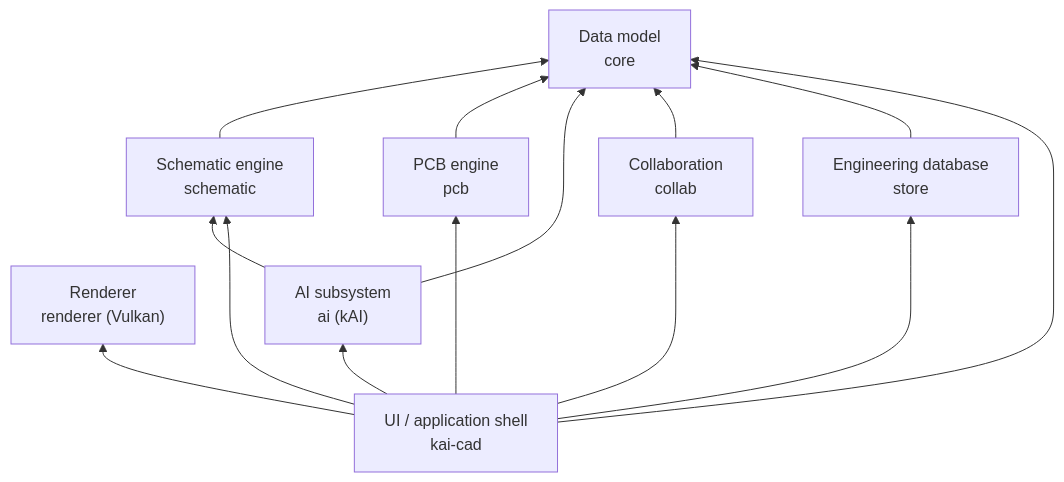
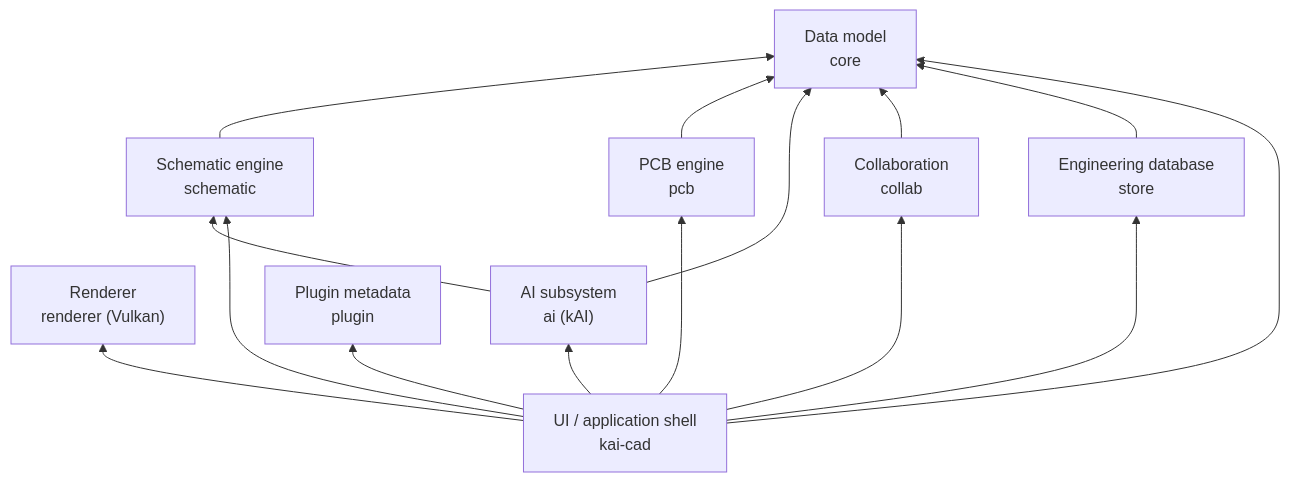
One commit to sneakylizard123-4/KaiCad changed the second of 3 diagrams in docs/ARCHITECTURE.md. Above: the diagram before and after it, drawn with Mermaid. The commit also changed other lines of this file and 15 other files, not shown here.

````diff
--- a/docs/ARCHITECTURE.md
+++ b/docs/ARCHITECTURE.md
@@ -60,25 +63,27 @@
 ```mermaid
 flowchart BT
     data["Data model<br/>core"]
     schematic["Schematic engine<br/>schematic"]
     pcb["PCB engine<br/>pcb"]
     render["Renderer<br/>renderer (Vulkan)"]
     ai["AI subsystem<br/>ai (kAI)"]
     collab["Collaboration<br/>collab"]
+    plugin["Plugin metadata<br/>plugin"]
     store["Engineering database<br/>store"]
     ui["UI / application shell<br/>kai-cad"]
 
     schematic --> data
     pcb --> data
     ai --> data
     ai --> schematic
     collab --> data
     store --> data
     ui --> data
     ui --> schematic
     ui --> pcb
     ui --> render
     ui --> ai
     ui --> collab
+    ui --> plugin
     ui --> store
 ```
````
